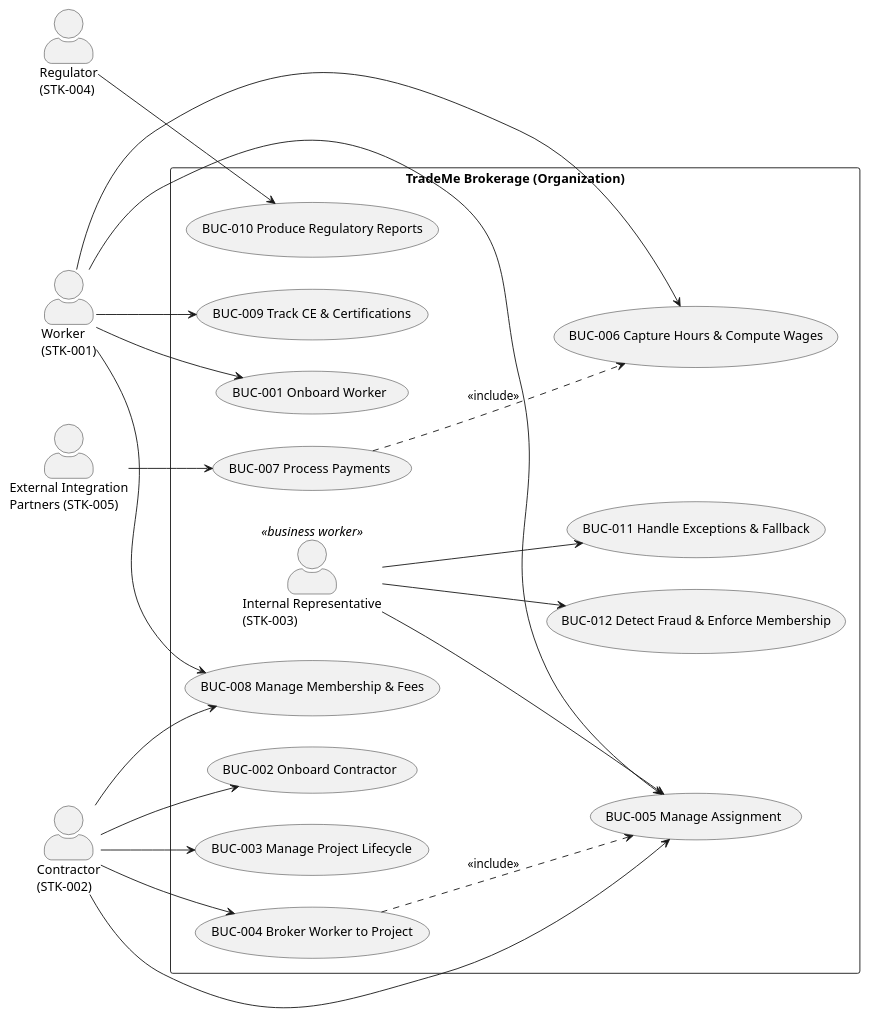
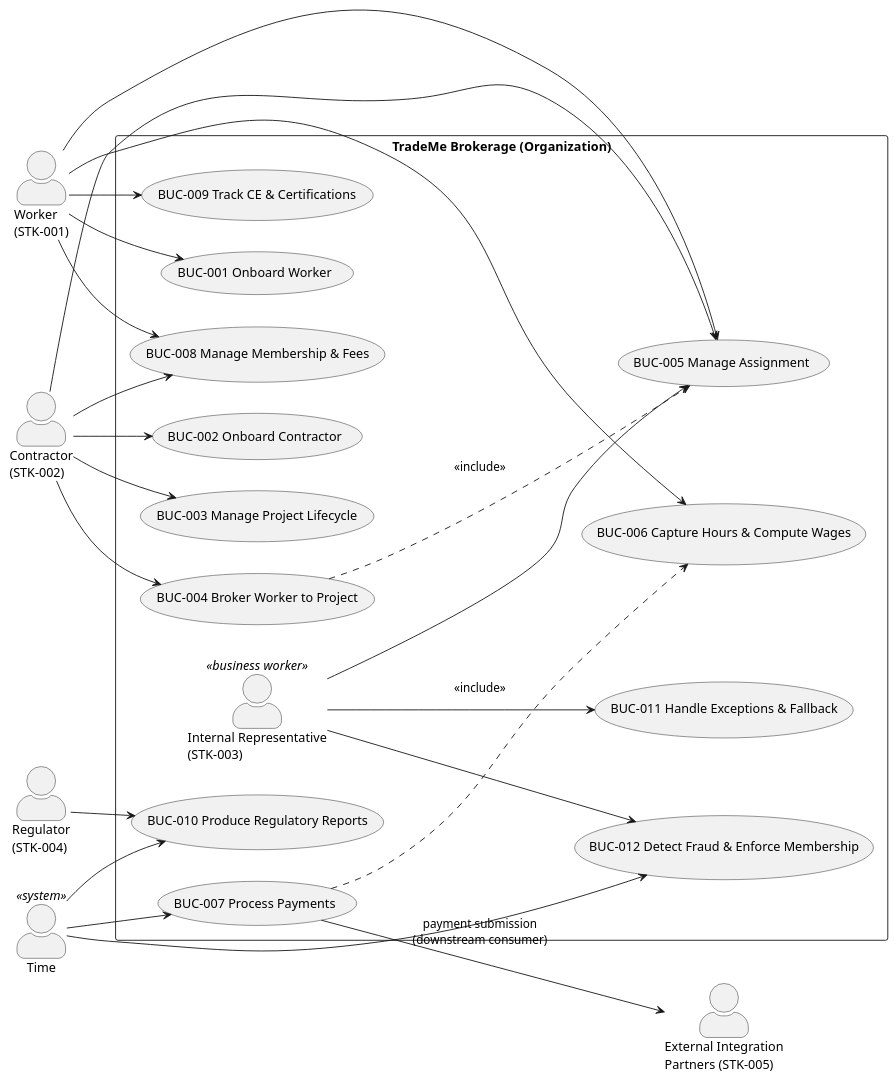
Before and after one commit to banense-test/trademe: the second of 3 diagrams in docs/artifacts/requirements/use-case-model.md, drawn with PlantUML. The commit also changed other lines of this file, not shown here.

````diff
--- a/docs/artifacts/requirements/use-case-model.md
+++ b/docs/artifacts/requirements/use-case-model.md
@@ -185,47 +186,52 @@
 ```plantuml
 @startuml
 left to right direction
 skinparam packageStyle rectangle
 skinparam actorStyle awesome
 
 actor "Worker\n(STK-001)" as Worker
 actor "Contractor\n(STK-002)" as Contractor
 actor "Regulator\n(STK-004)" as Regulator
 actor "External Integration\nPartners (STK-005)" as Ext
+actor "Time" as Time <<system>>
 
 rectangle "TradeMe Brokerage (Organization)" {
   actor "Internal Representative\n(STK-003)" as Rep <<business worker>>
   usecase "BUC-001 Onboard Worker" as BUC1
   usecase "BUC-002 Onboard Contractor" as BUC2
   usecase "BUC-003 Manage Project Lifecycle" as BUC3
   usecase "BUC-004 Broker Worker to Project" as BUC4
   usecase "BUC-005 Manage Assignment" as BUC5
   usecase "BUC-006 Capture Hours & Compute Wages" as BUC6
   usecase "BUC-007 Process Payments" as BUC7
   usecase "BUC-008 Manage Membership & Fees" as BUC8
   usecase "BUC-009 Track CE & Certifications" as BUC9
   usecase "BUC-010 Produce Regulatory Reports" as BUC10
   usecase "BUC-011 Handle Exceptions & Fallback" as BUC11
   usecase "BUC-012 Detect Fraud & Enforce Membership" as BUC12
 }
 
 Worker --> BUC1
 Worker --> BUC5
 Worker --> BUC6
 Worker --> BUC8
 Worker --> BUC9
 Contractor --> BUC2
 Contractor --> BUC3
 Contractor --> BUC4
 Contractor --> BUC5
 Contractor --> BUC8
 Regulator --> BUC10
-Ext --> BUC7
 Rep --> BUC11
 Rep --> BUC12
 Rep --> BUC5
 
+Time --> BUC7
+Time --> BUC10
+Time --> BUC12
+
+BUC7 --> Ext : payment submission\n(downstream consumer)
 BUC4 ..> BUC5 : <<include>>
 BUC7 ..> BUC6 : <<include>>
 @enduml
 ```
````
